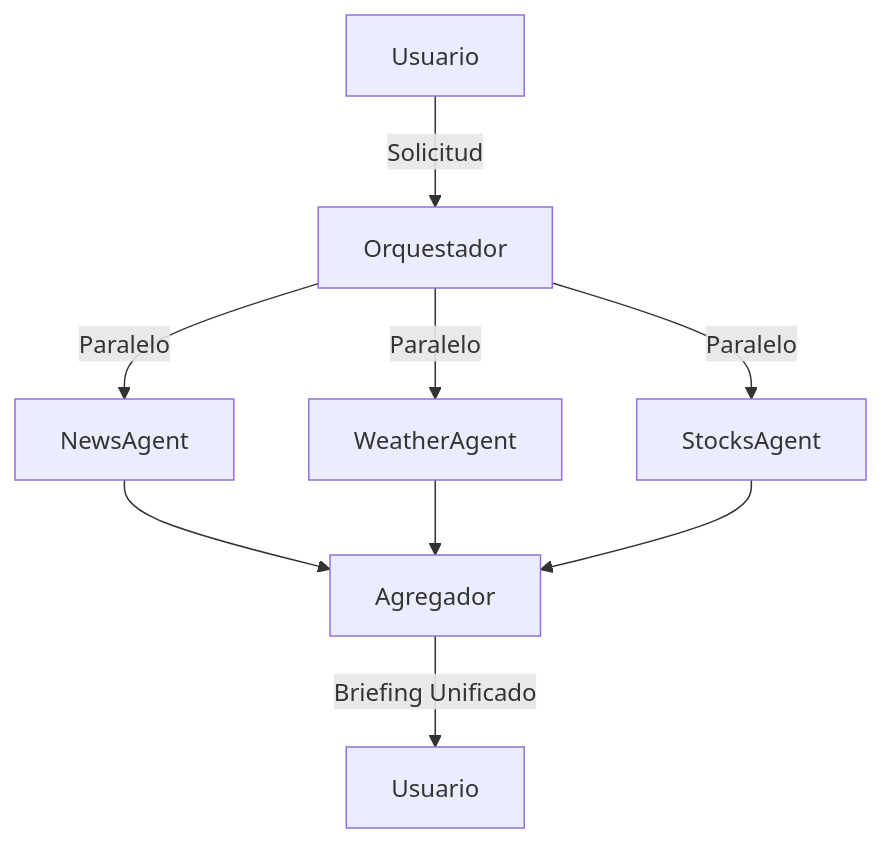
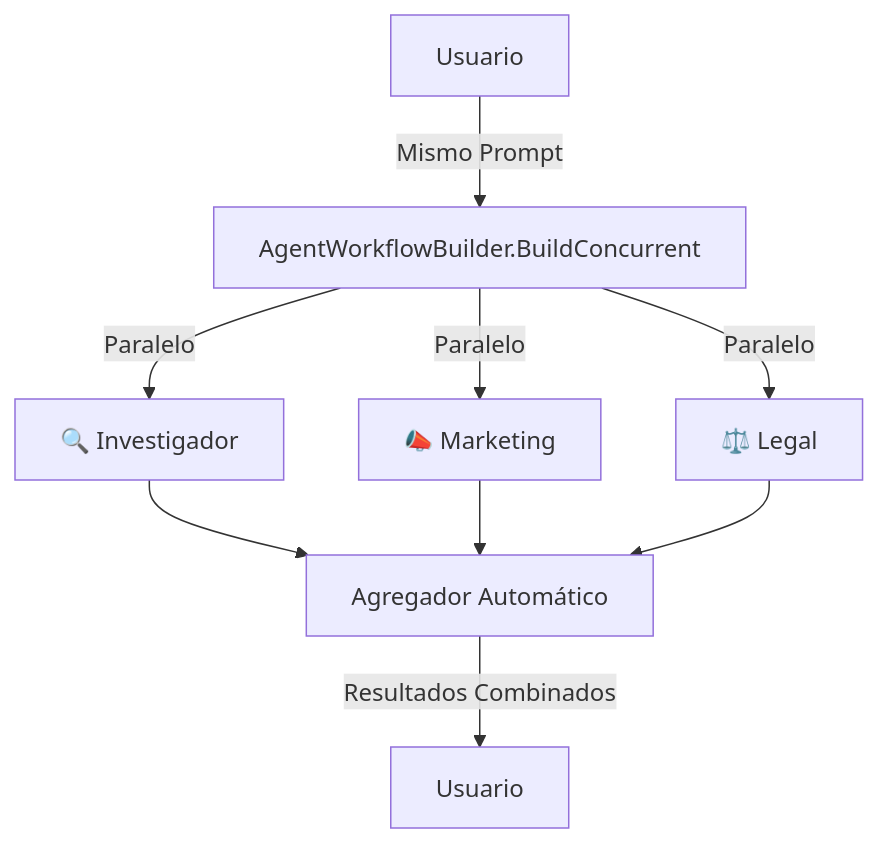
Before and after one commit to adiazcan/maf-workshop: the diagram in docs/modulo-03-workflows/labs/02-parallel/README.md, drawn with Mermaid. The commit also changed other lines of this file and 3 other files, not shown here.

Commit message:
Update README and code examples to reflect concurrent workflow implementation using AgentWorkflowBuilder.BuildConcurrent() and enhance descriptions for clarity

````diff
--- a/docs/modulo-03-workflows/labs/02-parallel/README.md
+++ b/docs/modulo-03-workflows/labs/02-parallel/README.md
@@ -17,11 +18,11 @@
 ```mermaid
 graph TD
-    A[Usuario] -->|Solicitud| B[Orquestador]
-    B -->|Paralelo| C[NewsAgent]
-    B -->|Paralelo| D[WeatherAgent]
-    B -->|Paralelo| E[StocksAgent]
-    C --> F[Agregador]
+    A[Usuario] -->|Mismo Prompt| B[AgentWorkflowBuilder.BuildConcurrent]
+    B -->|Paralelo| C[🔍 Investigador]
+    B -->|Paralelo| D[📣 Marketing]
+    B -->|Paralelo| E[⚖️ Legal]
+    C --> F[Agregador Automático]
     D --> F
     E --> F
-    F -->|Briefing Unificado| G[Usuario]
+    F -->|Resultados Combinados| G[Usuario]
 ```
````
